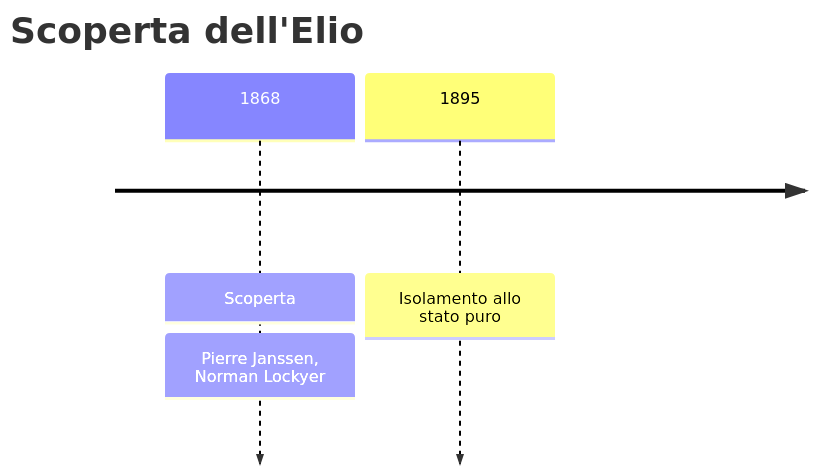
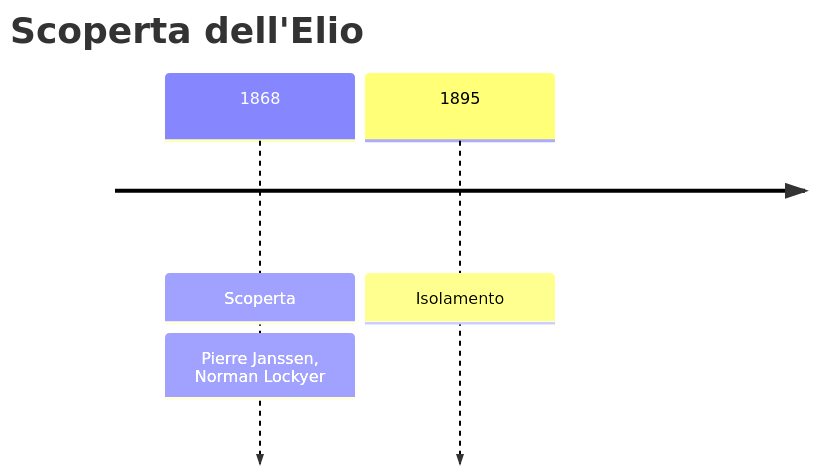
The first of 2 diagrams in vault/Elementi/Elio.md (gianlucaciarcelluti/elements-caos), drawn with Mermaid before and after one commit. The commit also changed 56 other files, not shown here.

````diff
--- a/vault/Elementi/Elio.md
+++ b/vault/Elementi/Elio.md
@@ -28,6 +28,6 @@
 ```mermaid
 timeline
     title Scoperta dell'Elio
     1868 : Scoperta : Pierre Janssen, Norman Lockyer
-    1895 : Isolamento allo stato puro
+    1895 : Isolamento
 ```
````
